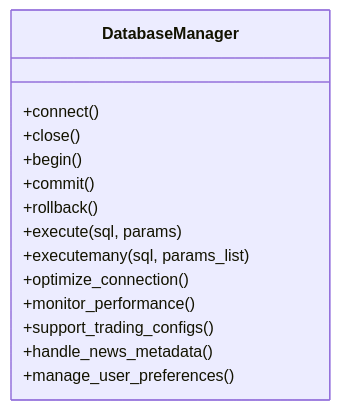
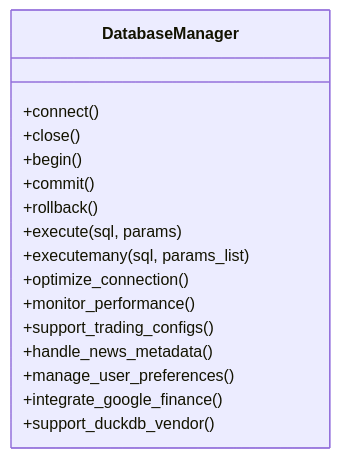
The seventh of 11 diagrams in .qoder/repowiki/en/content/Core Components/Data Engineering Module/Data Engineering Module.md (ZengSeng/telegram-bot), drawn with Mermaid before and after one commit. The commit also changed other lines of this file and 8 other files, not shown here.

````diff
--- a/.qoder/repowiki/en/content/Core Components/Data Engineering Module/Data Engineering Module.md
+++ b/.qoder/repowiki/en/content/Core Components/Data Engineering Module/Data Engineering Module.md
@@ -233,17 +332,19 @@
 ```mermaid
 classDiagram
 class DatabaseManager {
 +connect()
 +close()
 +begin()
 +commit()
 +rollback()
 +execute(sql, params)
 +executemany(sql, params_list)
 +optimize_connection()
 +monitor_performance()
 +support_trading_configs()
 +handle_news_metadata()
 +manage_user_preferences()
++integrate_google_finance()
++support_duckdb_vendor()
 }
 ```
````
